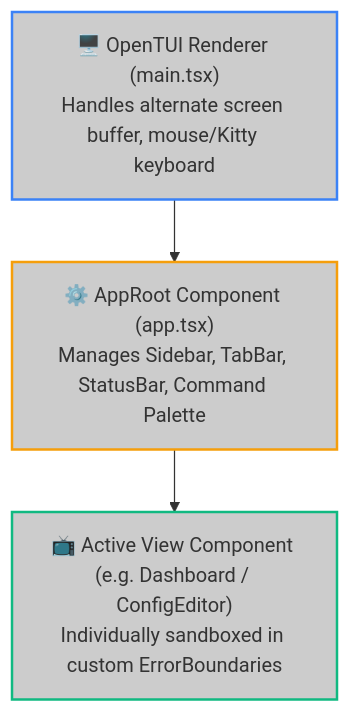
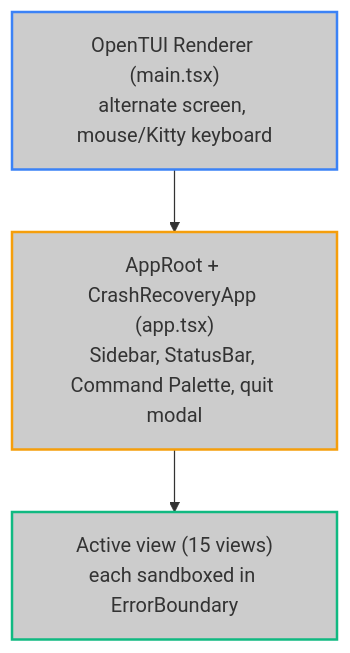
The diagram in docs/devops/tui.mdx (jango-blockchained/hoox-setup), drawn with Mermaid before and after one commit. The commit also changed other lines of this file and 44 other files, not shown here.

````diff
--- a/docs/devops/tui.mdx
+++ b/docs/devops/tui.mdx
@@ -14,10 +15,10 @@
 ```mermaid
 graph TD
-    Renderer["🖥️ OpenTUI Renderer (main.tsx)<br/>Handles alternate screen buffer, mouse/Kitty keyboard"] -->
-    AppRoot["⚙️ AppRoot Component (app.tsx)<br/>Manages Sidebar, TabBar, StatusBar, Command Palette"] -->
-    ActiveView["📺 Active View Component (e.g. Dashboard / ConfigEditor)<br/>Individually sandboxed in custom ErrorBoundaries"]
+    Renderer["OpenTUI Renderer (main.tsx)<br/>alternate screen, mouse/Kitty keyboard"] -->
+    AppRoot["AppRoot + CrashRecoveryApp (app.tsx)<br/>Sidebar, StatusBar, Command Palette, quit modal"] -->
+    ActiveView["Active view (15 views)<br/>each sandboxed in ErrorBoundary"]
 
     style Renderer fill:#CCCCCC,stroke:#3b82f6,stroke-width:2
     style AppRoot fill:#CCCCCC,stroke:#f59e0b,stroke-width:2
     style ActiveView fill:#CCCCCC,stroke:#10b981,stroke-width:2
 ```
````
